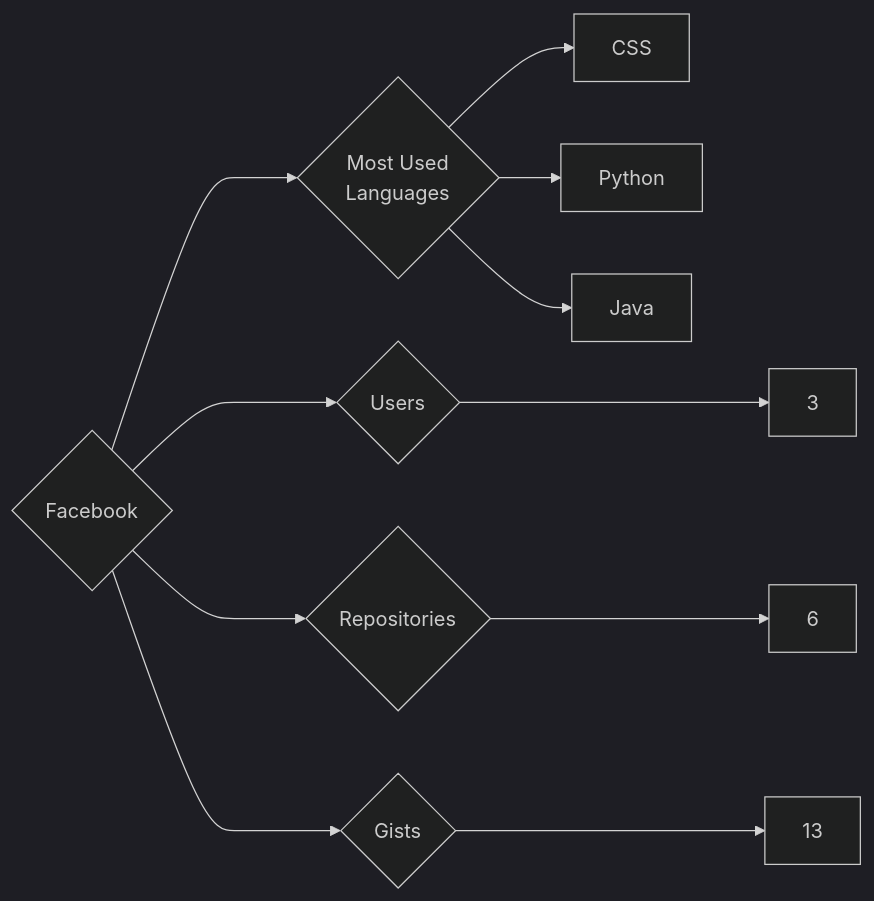
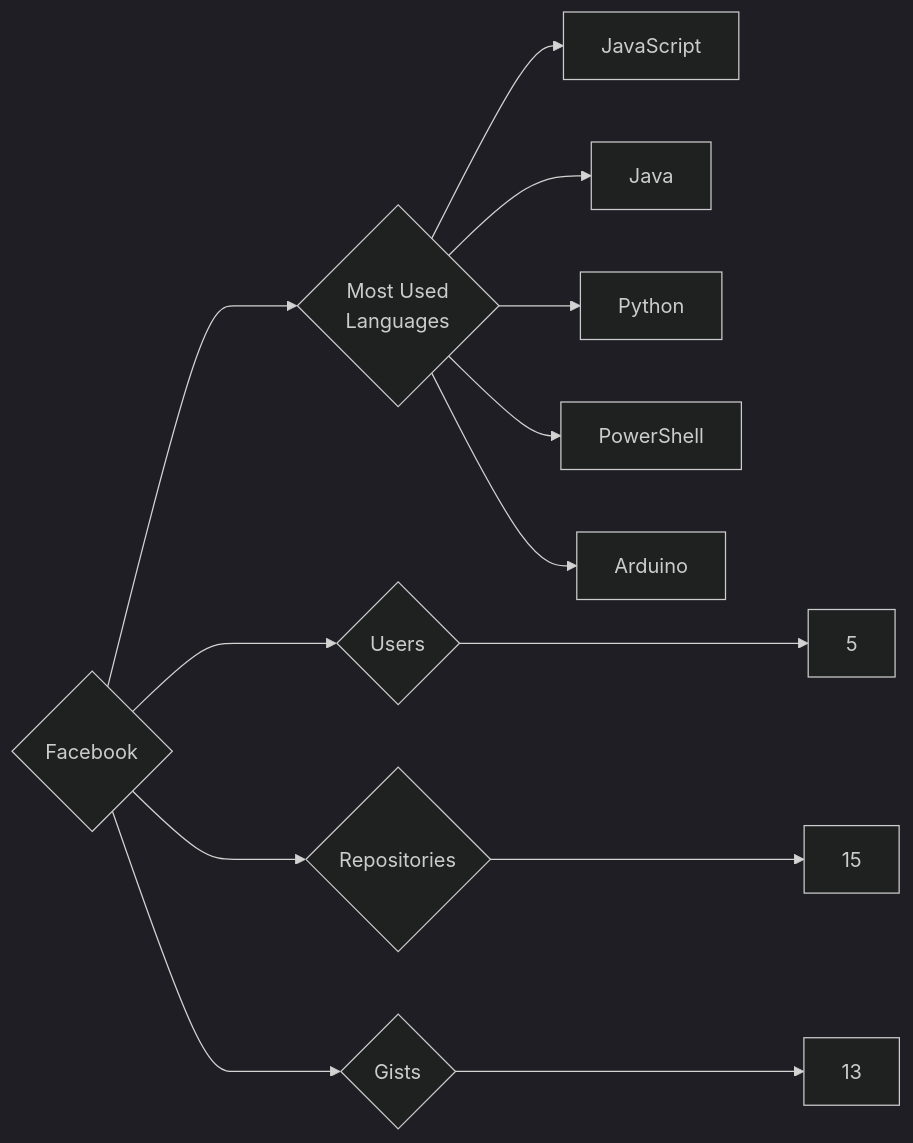
The diagram in targets/Facebook/README.md (trickest/insiders), drawn with Mermaid (dark theme) before and after one commit. The commit also changed 1175 other files, not shown here.

````diff
--- a/targets/Facebook/README.md
+++ b/targets/Facebook/README.md
@@ -3,11 +3,13 @@
 ```mermaid
 graph LR
 COMPANY_NAME{Facebook}
-COMPANY_NAME ---> U{Users} ---> UN[3]
-COMPANY_NAME ---> R{Repositories} ---> RN[6]
+COMPANY_NAME ---> U{Users} ---> UN[5]
+COMPANY_NAME ---> R{Repositories} ---> RN[15]
 COMPANY_NAME ---> G{Gists} ---> GN[13]
 COMPANY_NAME ---> ML{Most Used<br>Languages}
-ML --> CSS[CSS]
+ML --> JavaScript[JavaScript]
+ML --> Java[Java]
 ML --> Python[Python]
-ML --> Java[Java]
+ML --> PowerShell[PowerShell]
+ML --> Arduino[Arduino]
 ```
````
